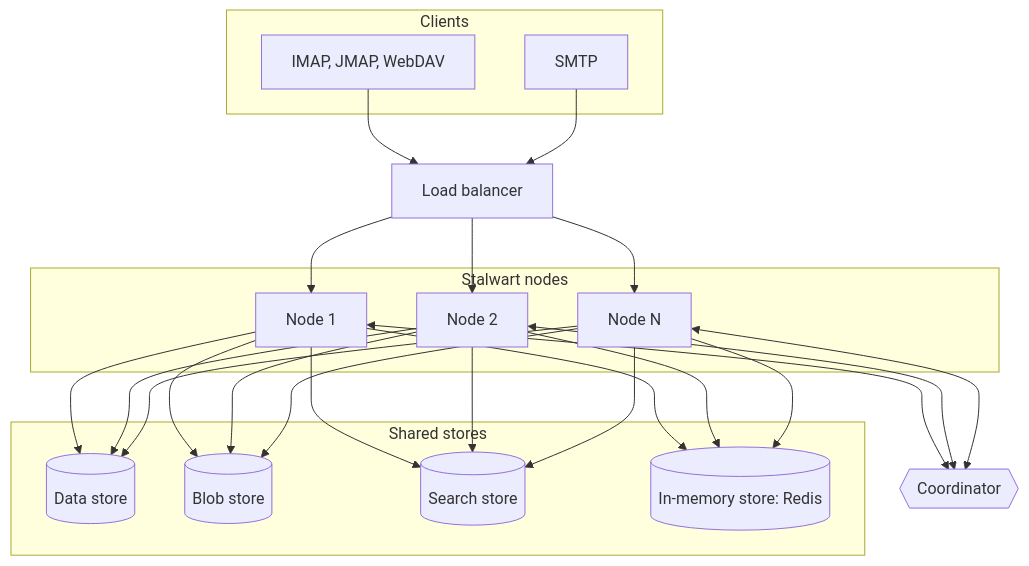
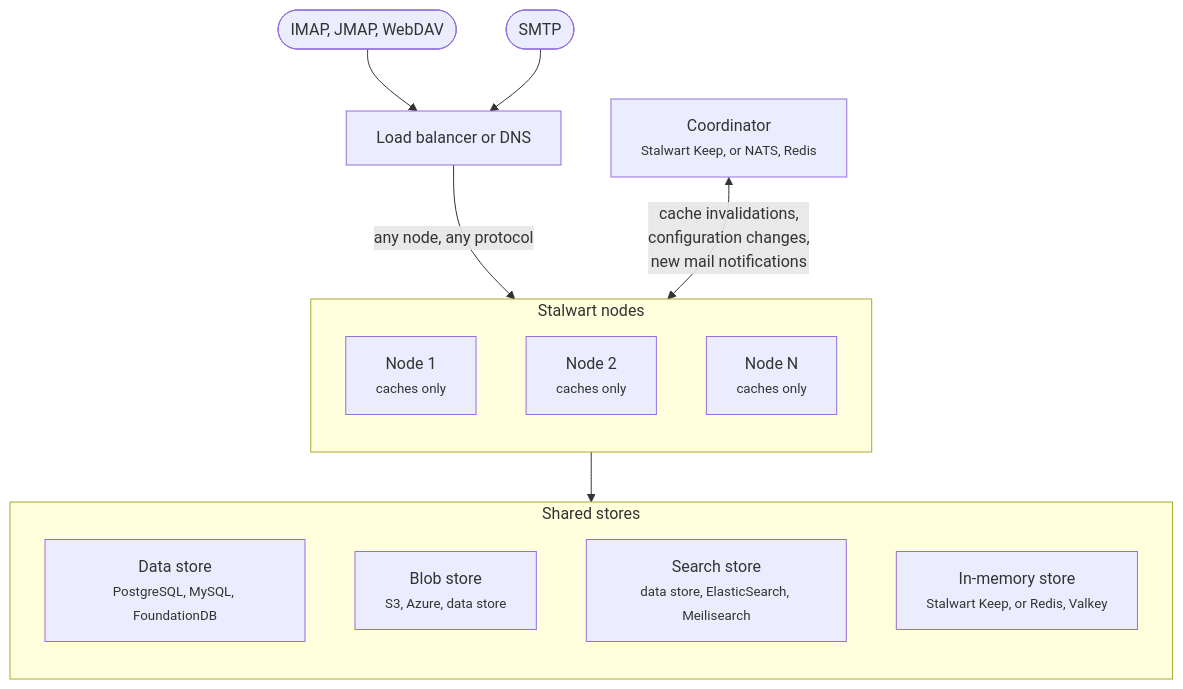
One commit to stalwartlabs/website changed the diagram in src/content/docs/docs/cluster/index.md. Above: the diagram before and after it, drawn with Mermaid. The commit also changed other lines of this file and 111 other files, not shown here.

````diff
--- a/src/content/docs/docs/cluster/index.md
+++ b/src/content/docs/docs/cluster/index.md
@@ -15,23 +15,25 @@
 ```mermaid
 flowchart TB
-    subgraph Clients
-        C1[IMAP, JMAP, WebDAV]
-        C2[SMTP]
+    C1(["IMAP, JMAP, WebDAV"]):::ink
+    C2([SMTP]):::ink
+    LB["Load balancer or DNS"]
+    subgraph Cluster["Stalwart nodes"]
+        direction TB
+        N1["Node 1<br/><small>caches only</small>"]
+        N2["Node 2<br/><small>caches only</small>"]
+        N3["Node N<br/><small>caches only</small>"]
     end
-    LB[Load balancer]
-    subgraph Cluster["Stalwart nodes"]
-        N1[Node 1]
-        N2[Node 2]
-        N3[Node N]
+    CO["Coordinator<br/><small>Stalwart Keep, or NATS, Redis</small>"]:::muted
+    subgraph Shared["Shared stores"]
+        direction TB
+        DS["Data store<br/><small>PostgreSQL, MySQL, FoundationDB</small>"]
+        BS["Blob store<br/><small>S3, Azure, data store</small>"]
+        SS["Search store<br/><small>data store, ElasticSearch, Meilisearch</small>"]
+        MS["In-memory store<br/><small>Stalwart Keep, or Redis, Valkey</small>"]
     end
-    subgraph Shared["Shared stores"]
-        DS[(Data store)]
-        BS[(Blob store)]
-        SS[(Search store)]
-        MS[(In-memory store: Redis)]
-    end
-    CO{{Coordinator}}
-    C1 & C2 --> LB --> N1 & N2 & N3
-    N1 & N2 & N3 --> DS & BS & SS & MS
-    N1 & N2 & N3 <--> CO
+    C1 & C2 --> LB
+    LB -->|any node, any protocol| Cluster
+    Cluster --> Shared
+    CO <-->|"cache invalidations,<br/>configuration changes,<br/>new mail notifications"| Cluster
+    class Cluster brand
 ```
````
